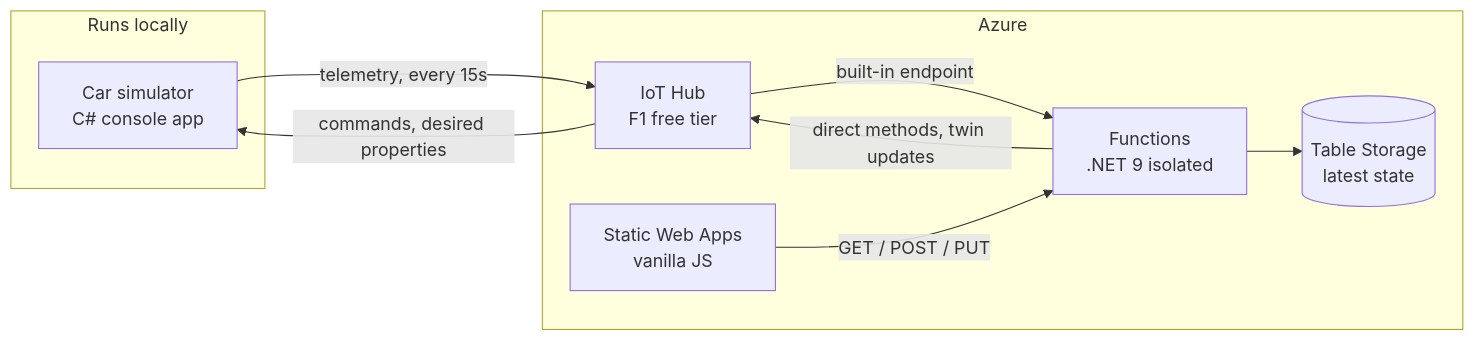
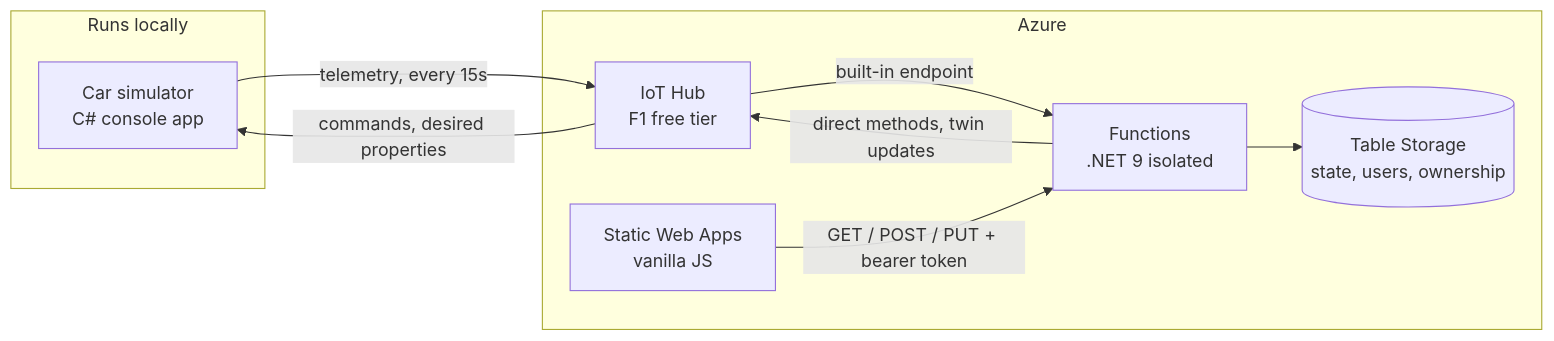
Before and after one commit to Ning-Wong/ev-charging: the diagram in README.md, drawn with Mermaid. The commit also changed other lines of this file and 1 other file, not shown here.

````diff
--- a/README.md
+++ b/README.md
@@ -13,20 +13,20 @@
 ```mermaid
 flowchart LR
     subgraph LOCAL["Runs locally"]
         SIM["Car simulator<br/>C# console app"]
     end
-
+ 
     subgraph CLOUD["Azure"]
         HUB["IoT Hub<br/>F1 free tier"]
         FN["Functions<br/>.NET 9 isolated"]
-        TBL[("Table Storage<br/>latest state")]
+        TBL[("Table Storage<br/>state, users, ownership")]
         WEB["Static Web Apps<br/>vanilla JS"]
     end
-
+ 
     SIM -- "telemetry, every 15s" --> HUB
     HUB -- "built-in endpoint" --> FN
     FN --> TBL
-    WEB -- "GET / POST / PUT" --> FN
+    WEB -- "GET / POST / PUT + bearer token" --> FN
     FN -- "direct methods, twin updates" --> HUB
     HUB -- "commands, desired properties" --> SIM
 ```
````
